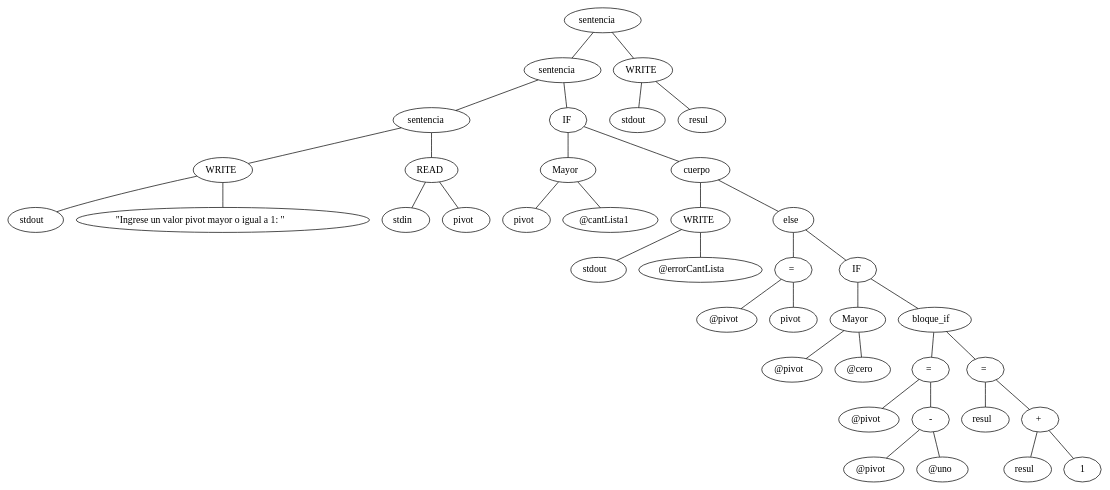
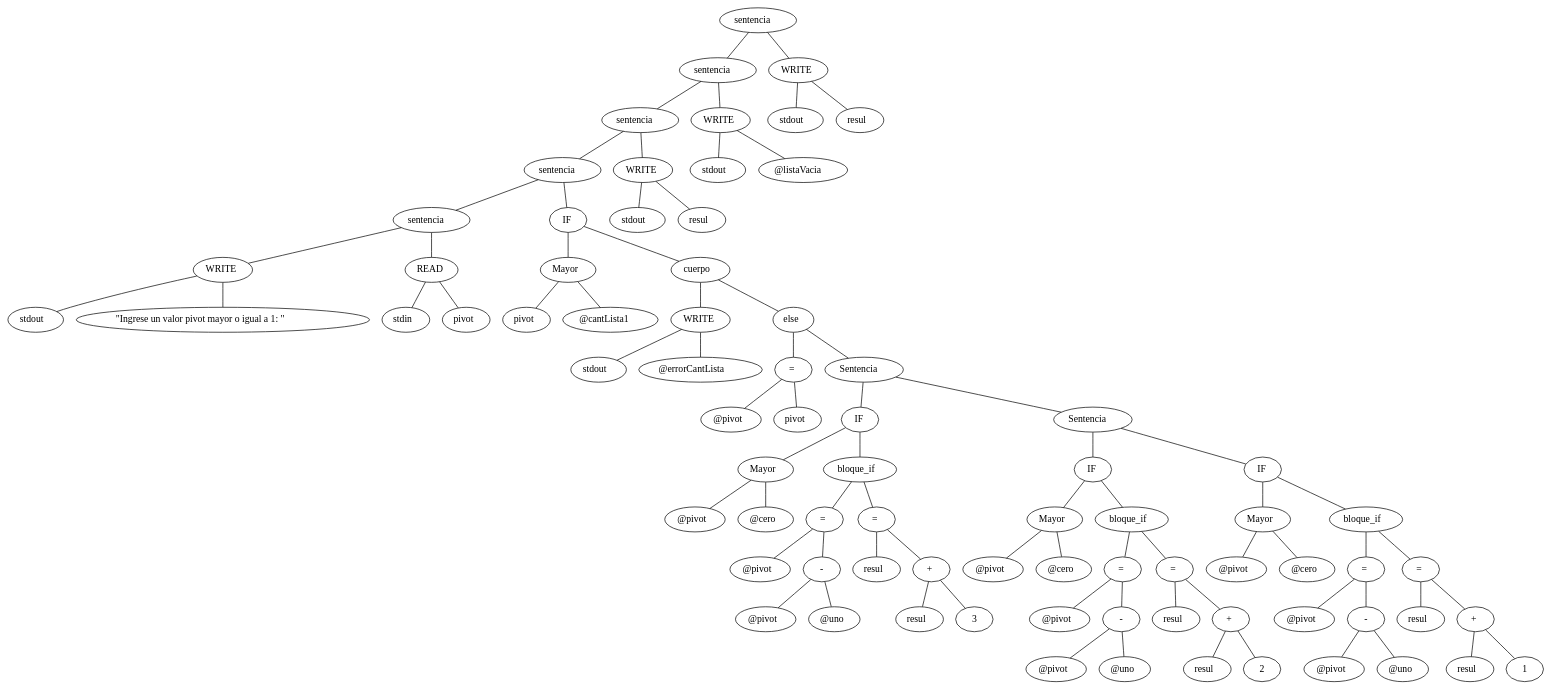
The diagram in arbol.dot (CristianGVera/EA3), drawn with Graphviz before and after one commit. The commit also changed 7 other files, not shown here.

```diff
--- a/arbol.dot
+++ b/arbol.dot
@@ -1,97 +1,197 @@
 graph g{
 	0[label=<sentencia>]
 	1[label=<sentencia>]
-	36[label=<WRITE>]
+	76[label=<WRITE>]
 	0--1
-	0--36
+	0--76
 	1[label=<sentencia>]
 	2[label=<sentencia>]
-	9[label=<IF>]
+	73[label=<WRITE>]
 	1--2
-	1--9
+	1--73
 	2[label=<sentencia>]
-	3[label=<WRITE>]
-	6[label=<READ>]
+	3[label=<sentencia>]
+	70[label=<WRITE>]
 	2--3
-	2--6
-	3[label=<WRITE>]
-	4[label=<stdout>]
-	5[label=<"Ingrese un valor pivot mayor o igual a 1: ">]
+	2--70
+	3[label=<sentencia>]
+	4[label=<sentencia>]
+	11[label=<IF>]
 	3--4
-	3--5
-	6[label=<READ>]
-	7[label=<stdin>]
-	8[label=<pivot>]
-	6--7
-	6--8
-	9[label=<IF>]
-	10[label=<Mayor>]
-	13[label=<cuerpo>]
-	9--10
-	9--13
-	10[label=<Mayor>]
-	11[label=<pivot>]
-	12[label=<@cantLista1>]
-	10--11
-	10--12
-	13[label=<cuerpo>]
-	14[label=<WRITE>]
-	17[label=<else>]
-	13--14
-	13--17
-	14[label=<WRITE>]
-	15[label=<stdout>]
-	16[label=<@errorCantLista>]
-	14--15
-	14--16
-	17[label=<else>]
-	18[label=<=>]
-	21[label=<IF>]
-	17--18
-	17--21
-	18[label=<=>]
-	19[label=<@pivot>]
-	20[label=<pivot>]
-	18--19
-	18--20
-	21[label=<IF>]
-	22[label=<Mayor>]
-	25[label=<bloque_if>]
-	21--22
-	21--25
-	22[label=<Mayor>]
-	23[label=<@pivot>]
-	24[label=<@cero>]
-	22--23
-	22--24
-	25[label=<bloque_if>]
-	26[label=<=>]
-	31[label=<=>]
+	3--11
+	4[label=<sentencia>]
+	5[label=<WRITE>]
+	8[label=<READ>]
+	4--5
+	4--8
+	5[label=<WRITE>]
+	6[label=<stdout>]
+	7[label=<"Ingrese un valor pivot mayor o igual a 1: ">]
+	5--6
+	5--7
+	8[label=<READ>]
+	9[label=<stdin>]
+	10[label=<pivot>]
+	8--9
+	8--10
+	11[label=<IF>]
+	12[label=<Mayor>]
+	15[label=<cuerpo>]
+	11--12
+	11--15
+	12[label=<Mayor>]
+	13[label=<pivot>]
+	14[label=<@cantLista1>]
+	12--13
+	12--14
+	15[label=<cuerpo>]
+	16[label=<WRITE>]
+	19[label=<else>]
+	15--16
+	15--19
+	16[label=<WRITE>]
+	17[label=<stdout>]
+	18[label=<@errorCantLista>]
+	16--17
+	16--18
+	19[label=<else>]
+	20[label=<=>]
+	23[label=<Sentencia>]
+	19--20
+	19--23
+	20[label=<=>]
+	21[label=<@pivot>]
+	22[label=<pivot>]
+	20--21
+	20--22
+	23[label=<Sentencia>]
+	24[label=<IF>]
+	39[label=<Sentencia>]
+	23--24
+	23--39
+	24[label=<IF>]
+	25[label=<Mayor>]
+	28[label=<bloque_if>]
+	24--25
+	24--28
+	25[label=<Mayor>]
+	26[label=<@pivot>]
+	27[label=<@cero>]
 	25--26
-	25--31
-	26[label=<=>]
-	27[label=<@pivot>]
-	28[label=<->]
-	26--27
-	26--28
-	28[label=<->]
-	29[label=<@pivot>]
-	30[label=<@uno>]
+	25--27
+	28[label=<bloque_if>]
+	29[label=<=>]
+	34[label=<=>]
 	28--29
-	28--30
-	31[label=<=>]
-	32[label=<resul>]
-	33[label=<+>]
+	28--34
+	29[label=<=>]
+	30[label=<@pivot>]
+	31[label=<->]
+	29--30
+	29--31
+	31[label=<->]
+	32[label=<@pivot>]
+	33[label=<@uno>]
 	31--32
 	31--33
-	33[label=<+>]
-	34[label=<resul>]
-	35[label=<1>]
-	33--34
-	33--35
-	36[label=<WRITE>]
-	37[label=<stdout>]
-	38[label=<resul>]
+	34[label=<=>]
+	35[label=<resul>]
+	36[label=<+>]
+	34--35
+	34--36
+	36[label=<+>]
+	37[label=<resul>]
+	38[label=<3>]
 	36--37
 	36--38
+	39[label=<Sentencia>]
+	40[label=<IF>]
+	55[label=<IF>]
+	39--40
+	39--55
+	40[label=<IF>]
+	41[label=<Mayor>]
+	44[label=<bloque_if>]
+	40--41
+	40--44
+	41[label=<Mayor>]
+	42[label=<@pivot>]
+	43[label=<@cero>]
+	41--42
+	41--43
+	44[label=<bloque_if>]
+	45[label=<=>]
+	50[label=<=>]
+	44--45
+	44--50
+	45[label=<=>]
+	46[label=<@pivot>]
+	47[label=<->]
+	45--46
+	45--47
+	47[label=<->]
+	48[label=<@pivot>]
+	49[label=<@uno>]
+	47--48
+	47--49
+	50[label=<=>]
+	51[label=<resul>]
+	52[label=<+>]
+	50--51
+	50--52
+	52[label=<+>]
+	53[label=<resul>]
+	54[label=<2>]
+	52--53
+	52--54
+	55[label=<IF>]
+	56[label=<Mayor>]
+	59[label=<bloque_if>]
+	55--56
+	55--59
+	56[label=<Mayor>]
+	57[label=<@pivot>]
+	58[label=<@cero>]
+	56--57
+	56--58
+	59[label=<bloque_if>]
+	60[label=<=>]
+	65[label=<=>]
+	59--60
+	59--65
+	60[label=<=>]
+	61[label=<@pivot>]
+	62[label=<->]
+	60--61
+	60--62
+	62[label=<->]
+	63[label=<@pivot>]
+	64[label=<@uno>]
+	62--63
+	62--64
+	65[label=<=>]
+	66[label=<resul>]
+	67[label=<+>]
+	65--66
+	65--67
+	67[label=<+>]
+	68[label=<resul>]
+	69[label=<1>]
+	67--68
+	67--69
+	70[label=<WRITE>]
+	71[label=<stdout>]
+	72[label=<resul>]
+	70--71
+	70--72
+	73[label=<WRITE>]
+	74[label=<stdout>]
+	75[label=<@listaVacia>]
+	73--74
+	73--75
+	76[label=<WRITE>]
+	77[label=<stdout>]
+	78[label=<resul>]
+	76--77
+	76--78
 }
```
